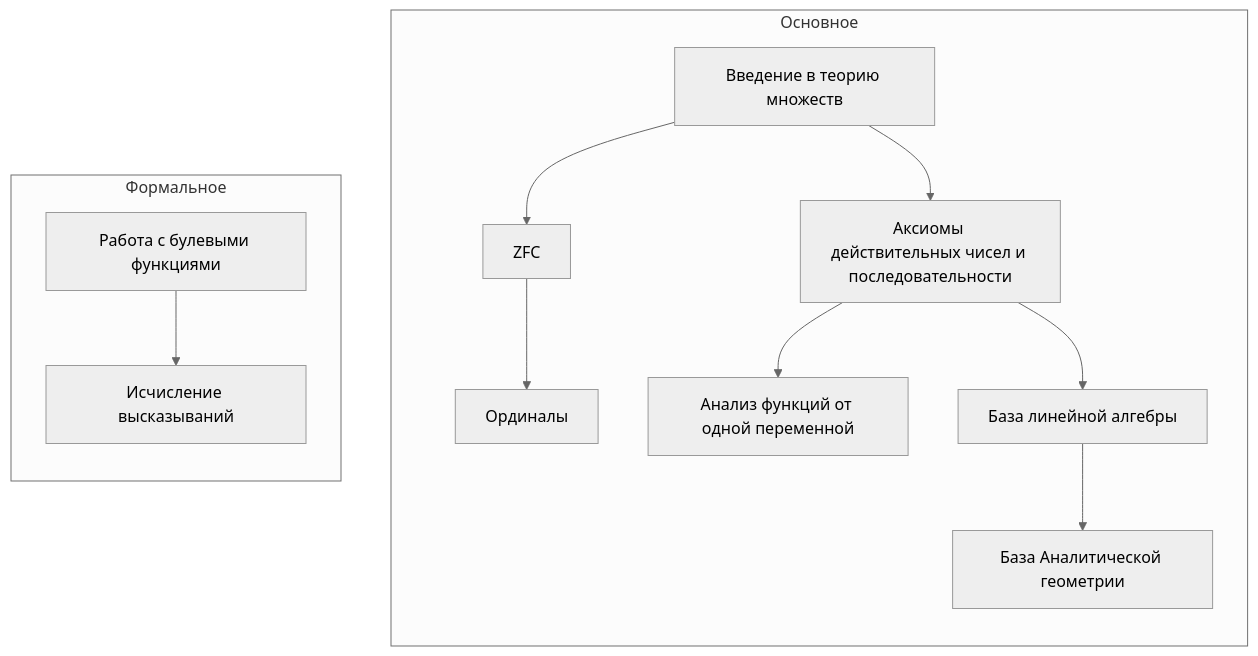
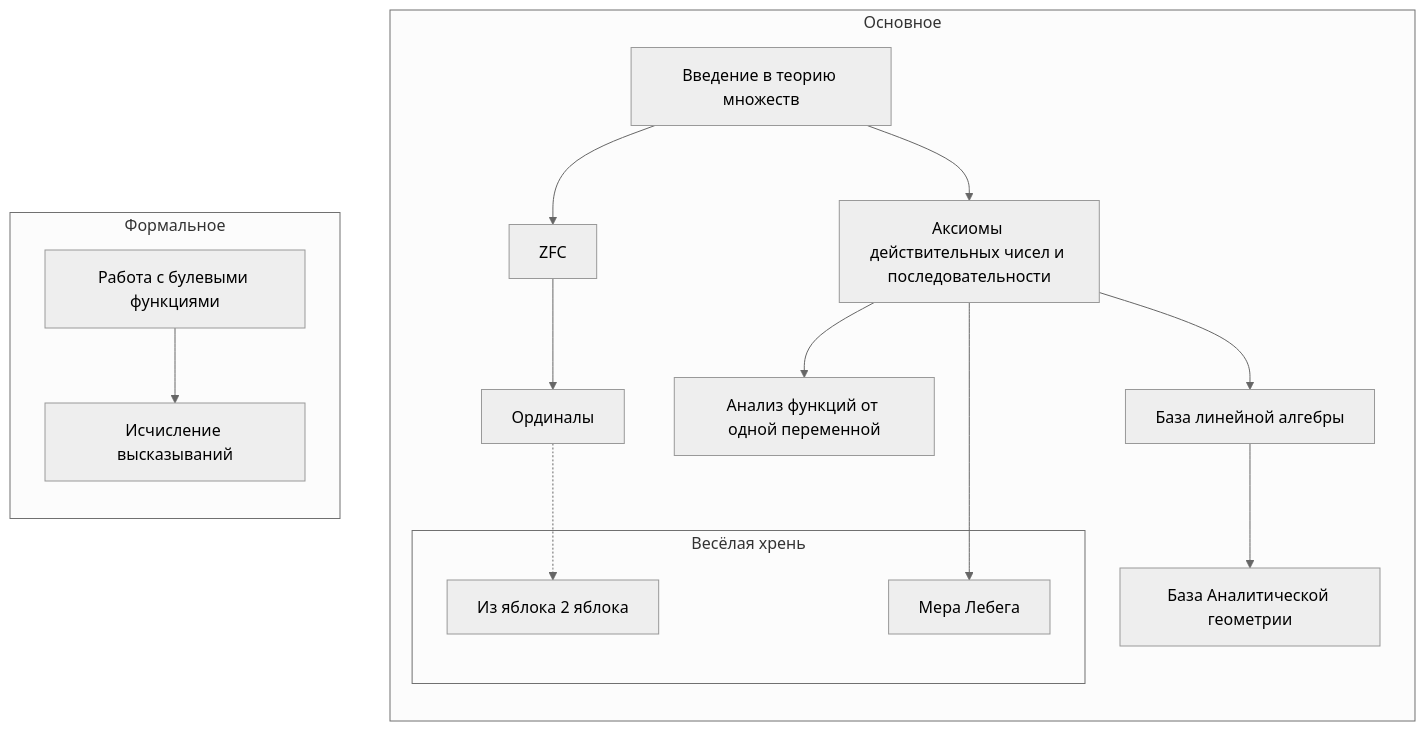
The first of 2 diagrams in README.md (HimerZERO/Teach), drawn with Mermaid (neutral theme) before and after one commit. The commit also changed other lines of this file, not shown here.

````diff
--- a/README.md
+++ b/README.md
@@ -5,13 +7,21 @@
 ```mermaid
 graph TB;
   subgraph Основное
     direction TB
     A[Введение в теорию множеств] --> B[ZFC] --> C[Ординалы]
     A --> D[Аксиомы действительных чисел и последовательности] --> E[Анализ функций от одной переменной]
     D --> F[База линейной алгебры] --> G[База Аналитической геометрии]
+
+    subgraph Весёлая хрень
+      H[ Из яблока 2 яблока ]
+      I[ Мера Лебега ]
+    end
+    C -.-> H
+    D --> I
   end
+
   subgraph Формальное
     direction TB
     a[Работа с булевыми функциями] --> b[Исчисление высказываний]
   end
 ```
````
